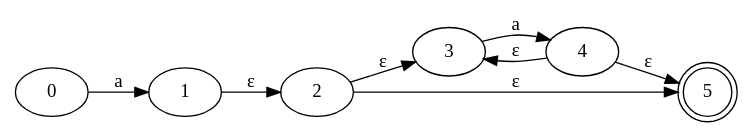
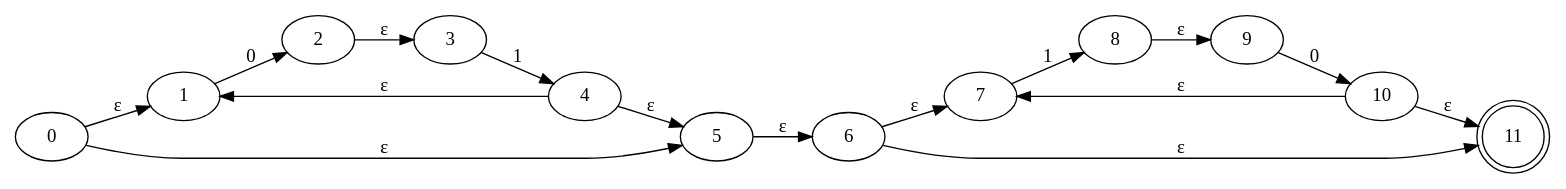
The diagram in Graph/Thompson.gv (MaaarcosG/Automatas), drawn with Graphviz before and after one commit. The commit also changed 6 other files, not shown here.

```diff
--- a/Graph/Thompson.gv
+++ b/Graph/Thompson.gv
@@ -1,16 +1,30 @@
 digraph Automata {
 	rankdir=LR
 	0 [label=0]
-	0 -> 1 [label=a]
+	0 -> 1 [label="ε"]
+	0 -> 5 [label="ε"]
 	1 [label=1]
-	1 -> 2 [label="ε"]
+	1 -> 2 [label=0]
 	2 [label=2]
 	2 -> 3 [label="ε"]
-	2 -> 5 [label="ε"]
 	3 [label=3]
-	3 -> 4 [label=a]
+	3 -> 4 [label=1]
 	4 [label=4]
-	4 -> 3 [label="ε"]
+	4 -> 1 [label="ε"]
 	4 -> 5 [label="ε"]
-	5 [label=5 shape=doublecircle]
+	5 [label=5]
+	5 -> 6 [label="ε"]
+	6 [label=6]
+	6 -> 7 [label="ε"]
+	6 -> 11 [label="ε"]
+	7 [label=7]
+	7 -> 8 [label=1]
+	8 [label=8]
+	8 -> 9 [label="ε"]
+	9 [label=9]
+	9 -> 10 [label=0]
+	10 [label=10]
+	10 -> 7 [label="ε"]
+	10 -> 11 [label="ε"]
+	11 [label=11 shape=doublecircle]
 }
```
